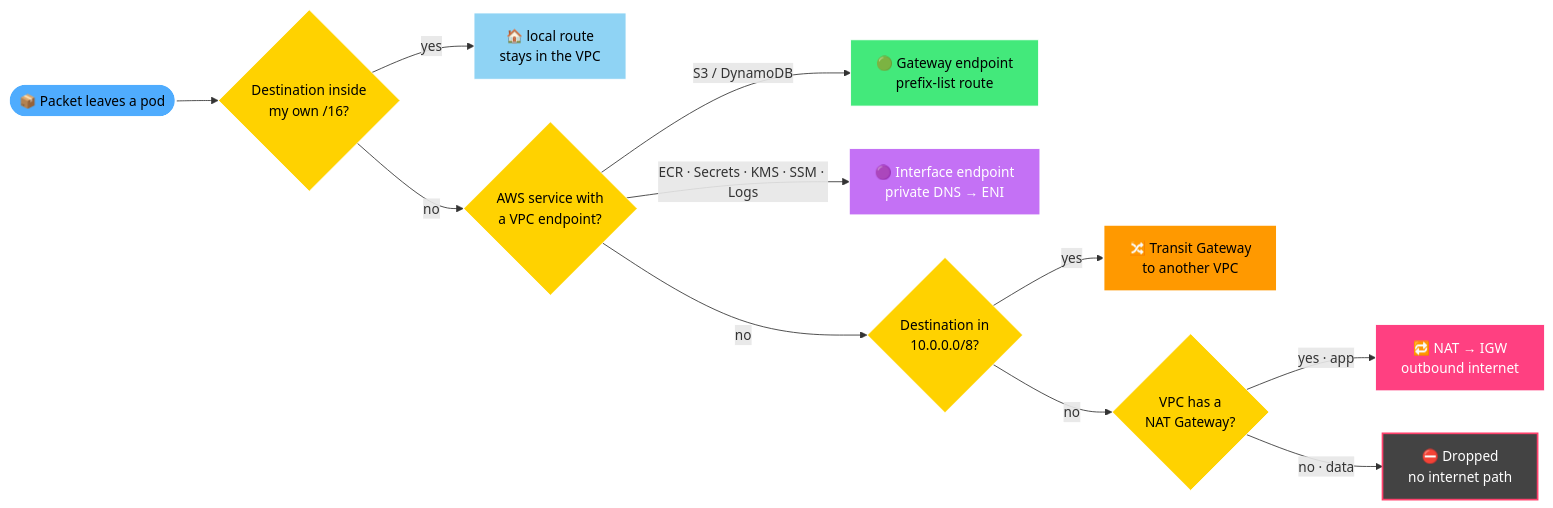
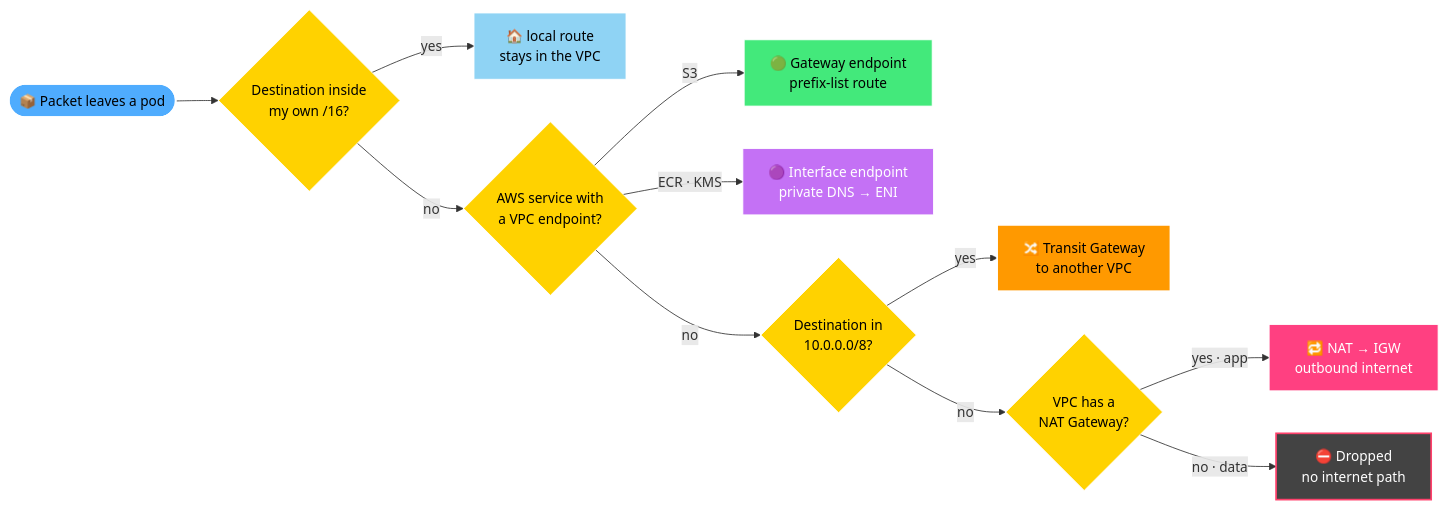
The fourth of 25 diagrams in README.md (muntaha747/FinTech-Enterprise-Project), drawn with Mermaid before and after one commit. The commit also changed other lines of this file and 1 other file, not shown here.

First line of the commit message:
README: align the whole README with the two architecture diagrams [skip ci]

````diff
--- a/README.md
+++ b/README.md
@@ -531,22 +425,22 @@
 ```mermaid
 flowchart LR
     P([📦 Packet leaves a pod]):::start --> Q1{Destination inside<br/>my own /16?}:::q
     Q1 -->|yes| L[🏠 local route<br/>stays in the VPC]:::local
     Q1 -->|no| Q2{AWS service with<br/>a VPC endpoint?}:::q
-    Q2 -->|S3 / DynamoDB| G[🟢 Gateway endpoint<br/>prefix-list route]:::gw
-    Q2 -->|ECR · Secrets · KMS · SSM · Logs| I[🟣 Interface endpoint<br/>private DNS → ENI]:::ifep
+    Q2 -->|S3| G[🟢 Gateway endpoint<br/>prefix-list route]:::gw
+    Q2 -->|ECR · KMS| I[🟣 Interface endpoint<br/>private DNS → ENI]:::ifep
     Q2 -->|no| Q3{Destination in<br/>10.0.0.0/8?}:::q
     Q3 -->|yes| T[🔀 Transit Gateway<br/>to another VPC]:::tgw
     Q3 -->|no| Q4{VPC has a<br/>NAT Gateway?}:::q
     Q4 -->|yes · app| N[🔁 NAT → IGW<br/>outbound internet]:::nat
     Q4 -->|no · data| X[⛔ Dropped<br/>no internet path]:::drop
 
     classDef start fill:#4facfe,stroke:#fff,color:#000,stroke-width:2px
     classDef q fill:#ffd200,stroke:#fff,color:#000
     classDef local fill:#8fd3f4,stroke:#fff,color:#000
     classDef gw fill:#43e97b,stroke:#fff,color:#000
     classDef ifep fill:#c471f5,stroke:#fff,color:#fff
     classDef tgw fill:#ff9900,stroke:#fff,color:#000,stroke-width:2px
     classDef nat fill:#ff4081,stroke:#fff,color:#fff
     classDef drop fill:#434343,stroke:#ff416c,color:#fff,stroke-width:2px
 ```
````
